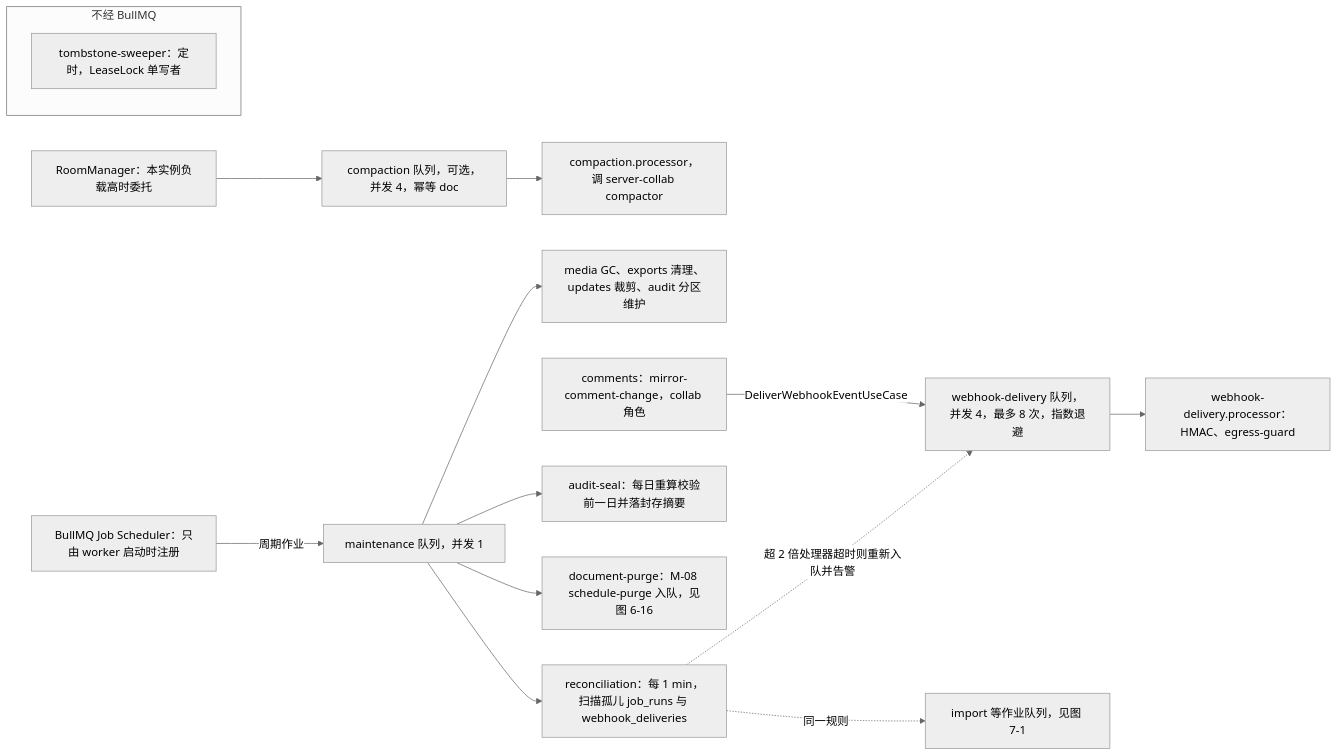
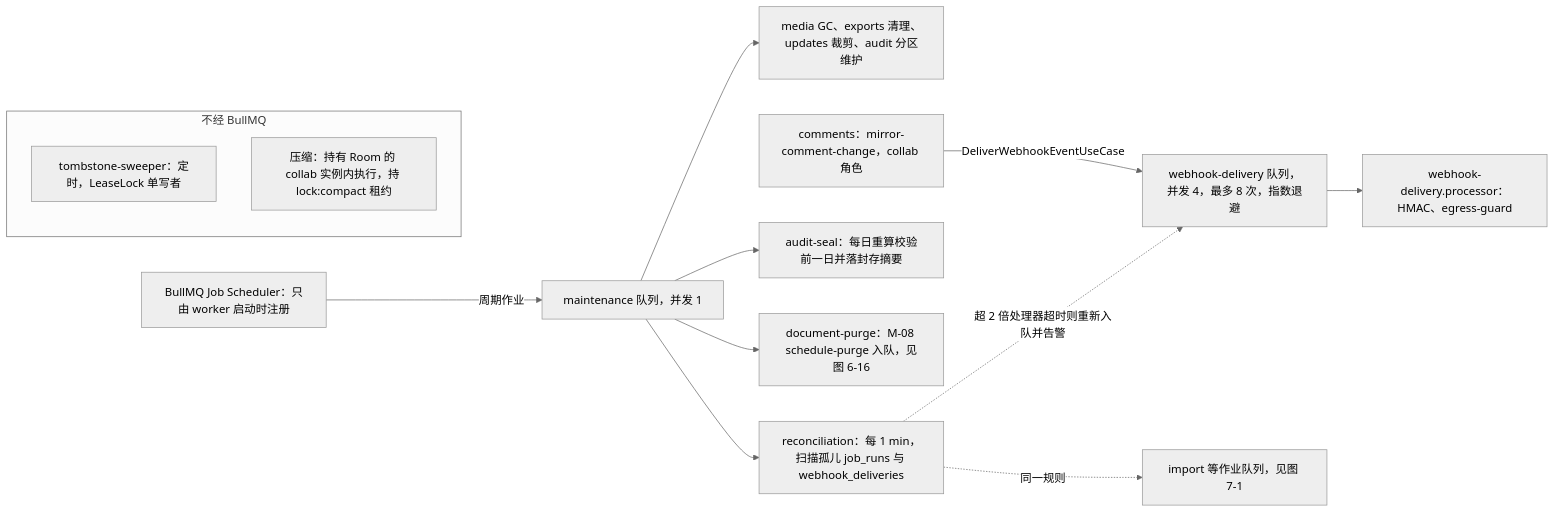
Diagram 39 of 46 in docs/40-modules/19-atlas-backend-and-data.md (Xeonice/cordis-ppt-editor), drawn with Mermaid (neutral theme) before and after one commit. The commit also changed other lines of this file and 79 other files, not shown here.

````diff
--- a/docs/40-modules/19-atlas-backend-and-data.md
+++ b/docs/40-modules/19-atlas-backend-and-data.md
@@ -1508,28 +1525,25 @@
 ```mermaid
 flowchart LR
-  rm["RoomManager：本实例负载高时委托"]
-  qComp["compaction 队列，可选，并发 4，幂等 doc"]
-  pComp["compaction.processor，调 server-collab compactor"]
   sched["BullMQ Job Scheduler：只由 worker 启动时注册"]
   qMaint["maintenance 队列，并发 1"]
   pMaint["media GC、exports 清理、updates 裁剪、audit 分区维护"]
   recon["reconciliation：每 1 min，扫描孤儿 job_runs 与 webhook_deliveries"]
   seal["audit-seal：每日重算校验前一日并落封存摘要"]
   purge["document-purge：M-08 schedule-purge 入队，见图 6-16"]
   mirror["comments：mirror-comment-change，collab 角色"]
   qHook["webhook-delivery 队列，并发 4，最多 8 次，指数退避"]
   pHook["webhook-delivery.processor：HMAC、egress-guard"]
   qJobs["import 等作业队列，见图 7-1"]
   subgraph noBull["不经 BullMQ"]
     sweeper["tombstone-sweeper：定时，LeaseLock 单写者"]
+    compactor["压缩：持有 Room 的 collab 实例内执行，持 lock:compact 租约"]
   end
-  rm --> qComp --> pComp
   sched -- "周期作业" --> qMaint
   qMaint --> pMaint
   qMaint --> recon
   qMaint --> seal
   qMaint --> purge
   mirror -- "DeliverWebhookEventUseCase" --> qHook --> pHook
   recon -. "超 2 倍处理器超时则重新入队并告警" .-> qHook
   recon -. "同一规则" .-> qJobs
 ```
````
